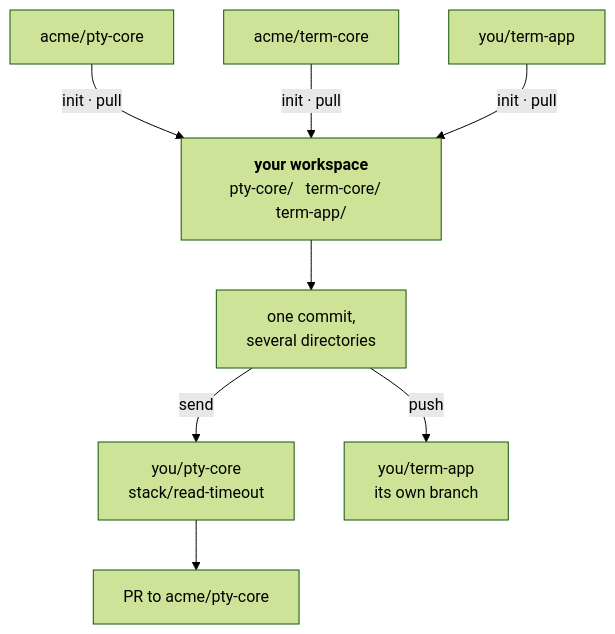
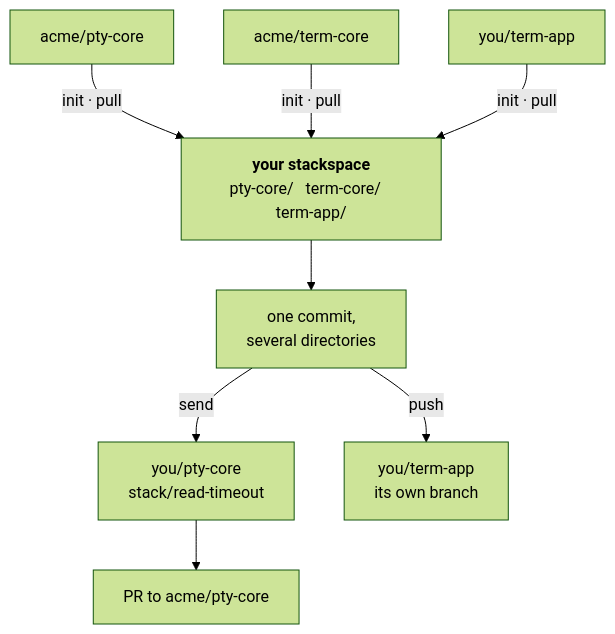
The first of 3 diagrams in site/rig/stack.md (rigsmith/rigsmith), drawn with Mermaid (forest theme) before and after one commit. The commit also changed other lines of this file and 18 other files, not shown here.

````diff
--- a/site/rig/stack.md
+++ b/site/rig/stack.md
@@ -28,13 +28,13 @@
 ```mermaid
 flowchart TB
     U1["acme/pty-core"] -->|"init · pull"| WS
     U2["acme/term-core"] -->|"init · pull"| WS
     U3["you/term-app"] -->|"init · pull"| WS
 
-    WS["<b>your workspace</b><br/>pty-core/ &nbsp; term-core/ &nbsp; term-app/"] --> CM["one commit,<br/>several directories"]
+    WS["<b>your stackspace</b><br/>pty-core/ &nbsp; term-core/ &nbsp; term-app/"] --> CM["one commit,<br/>several directories"]
 
     CM -->|"send"| B1["you/pty-core<br/>stack/read-timeout"]
     CM -->|"push"| B2["you/term-app<br/>its own branch"]
 
     B1 --> PR1["PR to acme/pty-core"]
 ```
````
